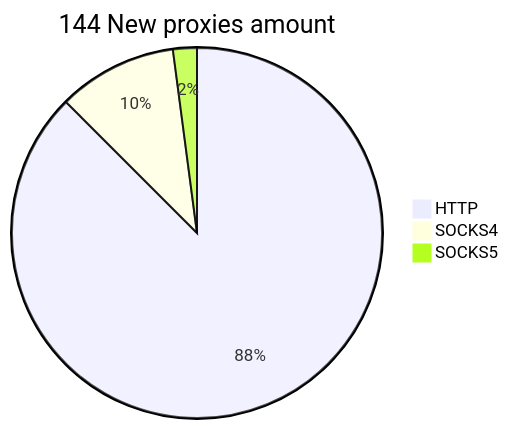
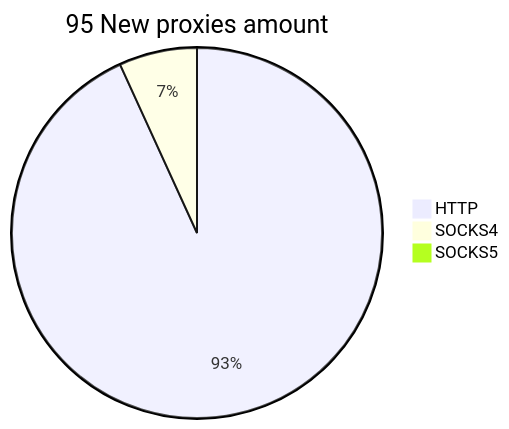
The second of 2 diagrams in README.md (cutipu/proxylist), drawn with Mermaid before and after one commit. The commit also changed other lines of this file, not shown here.

````diff
--- a/README.md
+++ b/README.md
@@ -10,6 +10,6 @@
 ```mermaid
-pie title 144 New proxies amount
-    "HTTP" : 126
-    "SOCKS4" : 15
-    "SOCKS5" : 3
+pie title 95 New proxies amount
+    "HTTP" : 164
+    "SOCKS4" : 12
+    "SOCKS5" : 0
 ```
````
